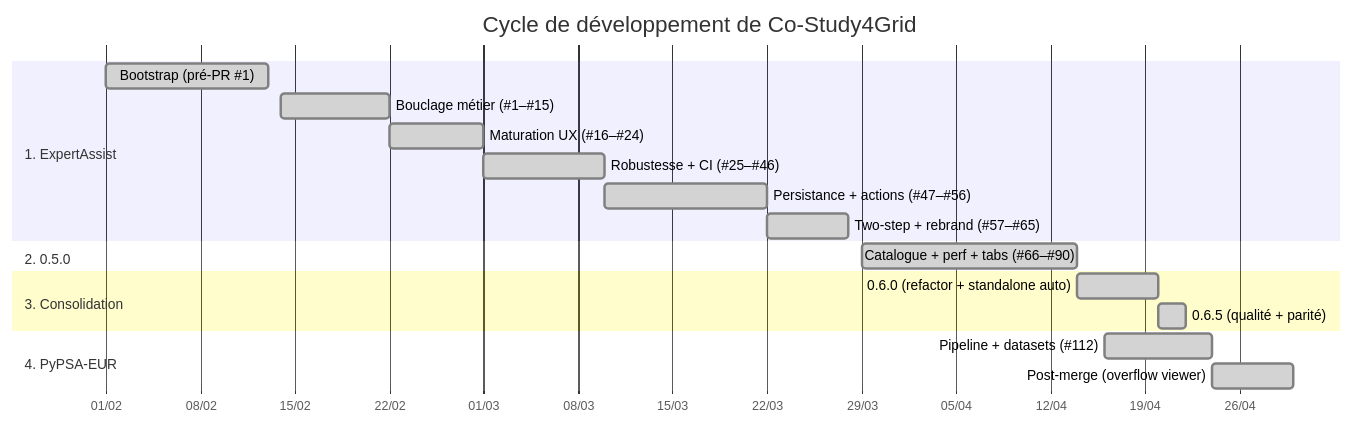
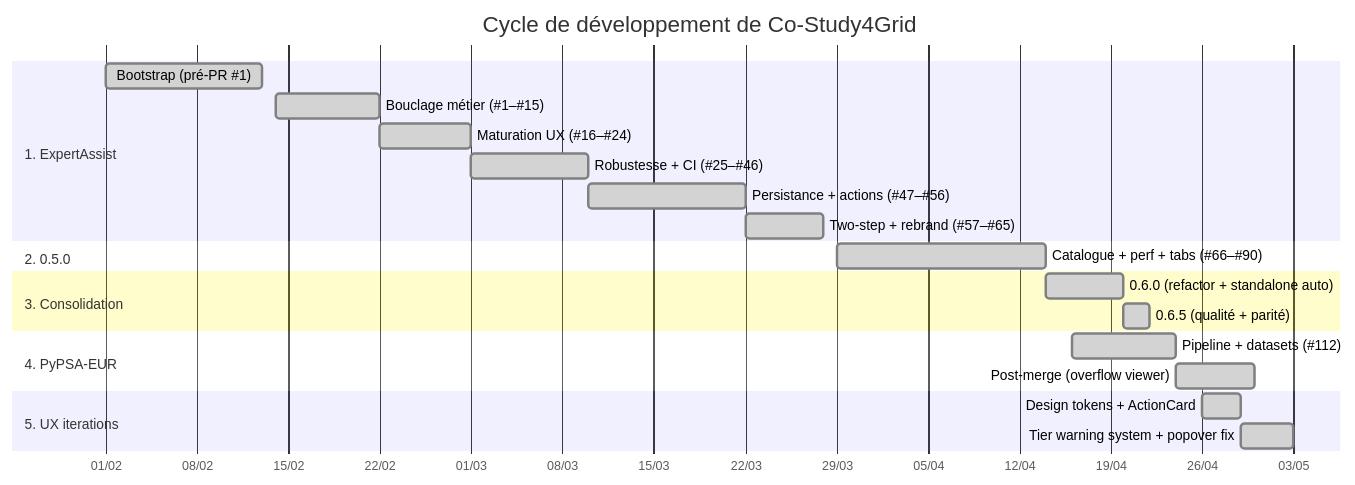
The first of 6 diagrams in docs/architecture/development-cycle.md (marota/Co-Study4Grid), drawn with Mermaid before and after one commit. The commit also changed other lines of this file and 3 other files, not shown here.

````diff
--- a/docs/architecture/development-cycle.md
+++ b/docs/architecture/development-cycle.md
@@ -24,25 +24,29 @@
 ```mermaid
 gantt
     title Cycle de développement de Co-Study4Grid
     dateFormat YYYY-MM-DD
     axisFormat %d/%m
 
     section 1. ExpertAssist
     Bootstrap (pré-PR #1)              :done, p11, 2026-02-01, 2026-02-13
     Bouclage métier (#1–#15)           :done, p12, 2026-02-14, 2026-02-22
     Maturation UX (#16–#24)            :done, p13, 2026-02-22, 2026-03-01
     Robustesse + CI (#25–#46)          :done, p14, 2026-03-01, 2026-03-10
     Persistance + actions (#47–#56)    :done, p15, 2026-03-10, 2026-03-22
     Two-step + rebrand (#57–#65)       :done, p16, 2026-03-22, 2026-03-28
 
     section 2. 0.5.0
     Catalogue + perf + tabs (#66–#90)  :done, p2,  2026-03-29, 2026-04-14
 
     section 3. Consolidation
     0.6.0 (refactor + standalone auto) :done, p3a, 2026-04-14, 2026-04-20
     0.6.5 (qualité + parité)           :done, p3b, 2026-04-20, 2026-04-22
 
     section 4. PyPSA-EUR
     Pipeline + datasets (#112)         :done, p4,  2026-04-16, 2026-04-24
     Post-merge (overflow viewer)       :done, p4b, 2026-04-24, 2026-04-30
+
+    section 5. UX iterations
+    Design tokens + ActionCard         :done, p5a, 2026-04-26, 2026-04-29
+    Tier warning system + popover fix  :done, p5b, 2026-04-29, 2026-05-03
 ```
````
